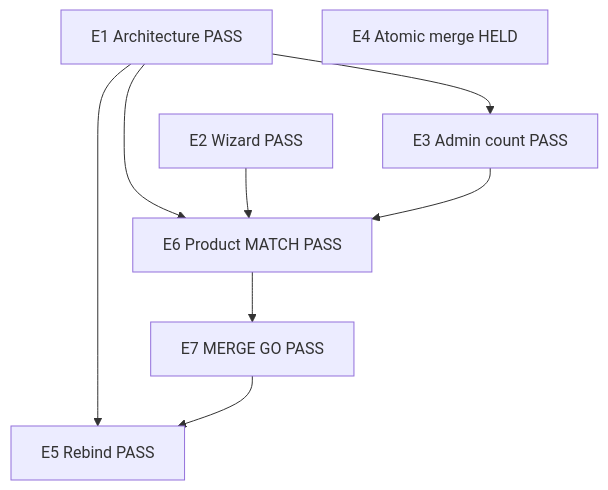
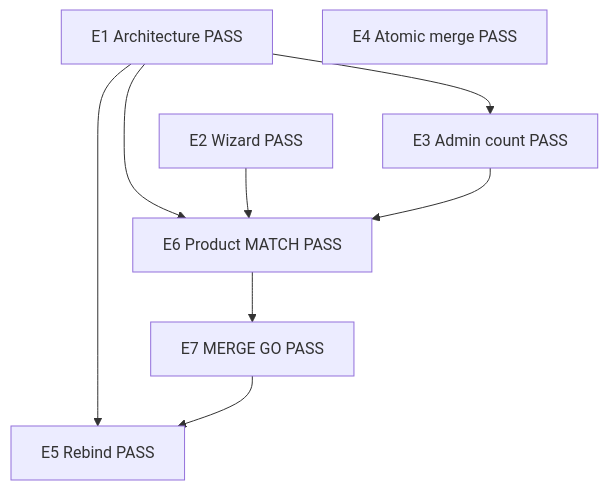
Before and after one commit to bjljohnson2012/field-school: the diagram in docs/staff/ENGINEERING_GRAPH.md, drawn with Mermaid. The commit also changed other lines of this file and 24 other files, not shown here.

````diff
--- a/docs/staff/ENGINEERING_GRAPH.md
+++ b/docs/staff/ENGINEERING_GRAPH.md
@@ -35,17 +35,17 @@
 ```mermaid
 flowchart TD
   E1[E1 Architecture PASS]
   E2[E2 Wizard PASS]
   E3[E3 Admin count PASS]
   E6[E6 Product MATCH PASS]
   E7[E7 MERGE GO PASS]
   E5[E5 Rebind PASS]
-  E4[E4 Atomic merge HELD]
+  E4[E4 Atomic merge PASS]
   E1 --> E3
   E1 --> E6
   E2 --> E6
   E3 --> E6
   E6 --> E7
   E1 --> E5
   E7 --> E5
 ```
````
